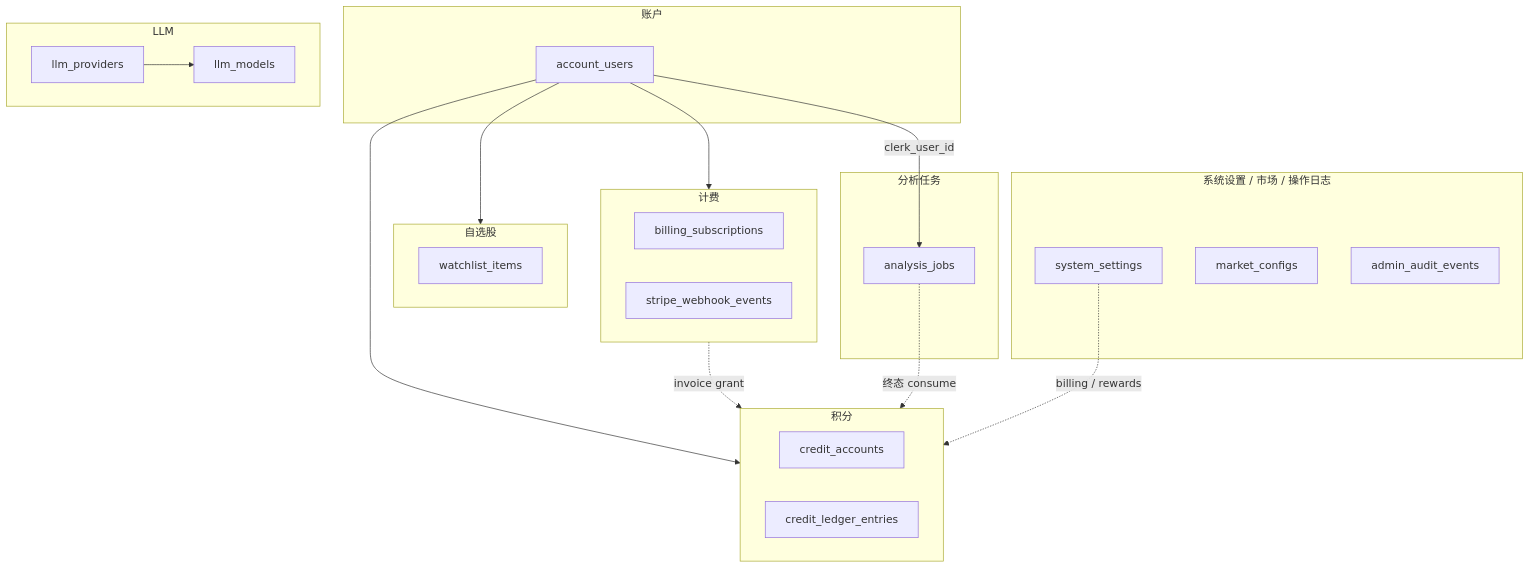
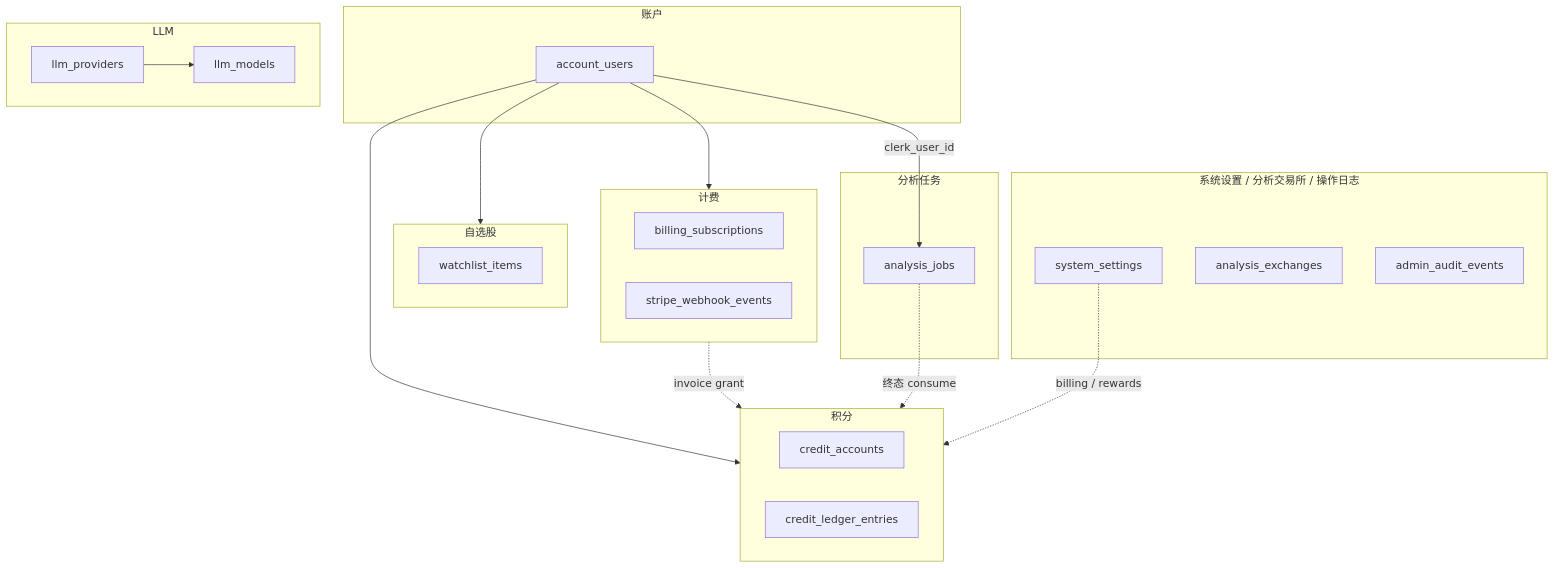
Before and after one commit to hypier/tradingagents-report: the ninth of 9 diagrams in tg-web/docs/DATABASE_DICTIONARY.md, drawn with Mermaid. The commit also changed other lines of this file and 36 other files, not shown here.

First line of the commit message:
refactor(tg-web): rename and restructure market configurations to analysis exchanges

````diff
--- a/tg-web/docs/DATABASE_DICTIONARY.md
+++ b/tg-web/docs/DATABASE_DICTIONARY.md
@@ -284,44 +284,44 @@
 ```mermaid
 flowchart TB
     subgraph Account["账户"]
         PU[account_users]
     end
 
     subgraph Billing["计费"]
         BS[billing_subscriptions]
         SWE[stripe_webhook_events]
     end
 
     subgraph Credits["积分"]
         CA[credit_accounts]
         CL[credit_ledger_entries]
     end
 
     subgraph Analysis["分析任务"]
         AJ[analysis_jobs]
     end
 
     subgraph LLM["LLM"]
         LP[llm_providers]
         LM[llm_models]
     end
 
     subgraph Watchlist["自选股"]
         WI[watchlist_items]
     end
 
-    subgraph Config["系统设置 / 市场 / 操作日志"]
+    subgraph Config["系统设置 / 分析交易所 / 操作日志"]
         PS[system_settings]
-        MM[market_configs]
+        AE[analysis_exchanges]
         AAE[admin_audit_events]
     end
 
     PU --> Billing
     PU --> Credits
     PU --> Watchlist
     PU -->|clerk_user_id| AJ
     Billing -.->|invoice grant| Credits
     AJ -.->|终态 consume| Credits
     PS -.->|billing / rewards| Credits
     LP --> LM
 ```
````
